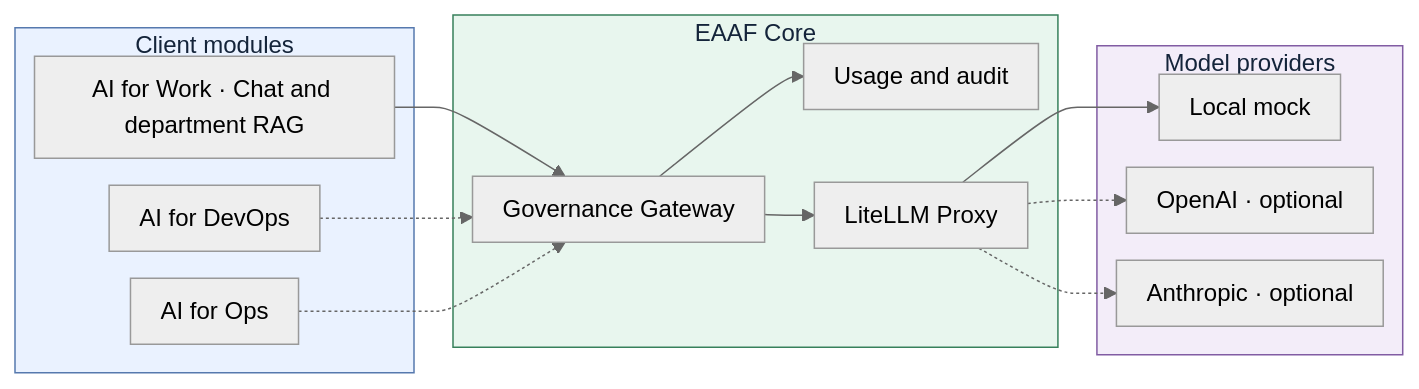
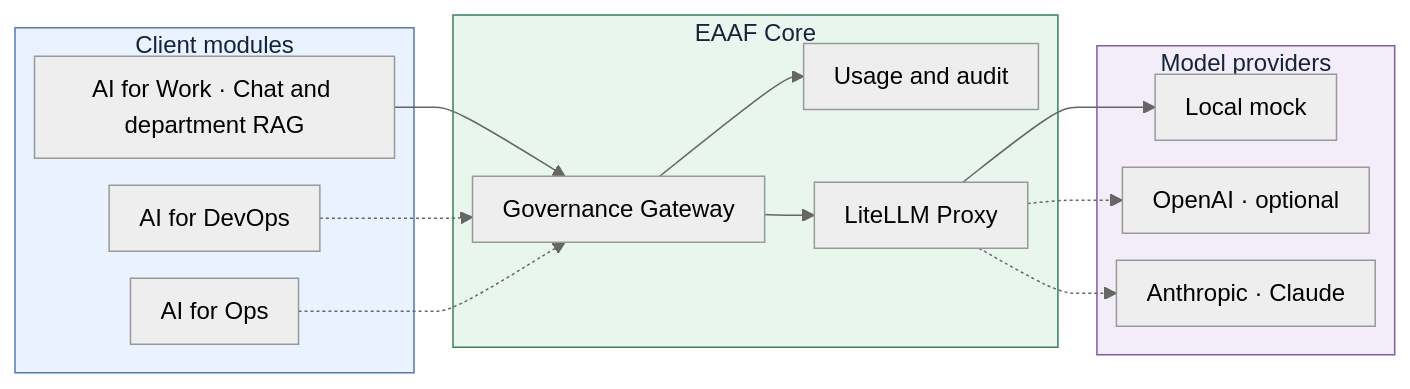
Before and after one commit to tandrian06/eaaf: the diagram in README.md, drawn with Mermaid (neutral theme). The commit also changed other lines of this file and 2 other files, not shown here.

Commit message:
Add Claude as an optional EAAF provider

````diff
--- a/README.md
+++ b/README.md
@@ -21,40 +21,40 @@
 ```mermaid
 ---
 config:
   flowchart:
     nodeSpacing: 18
     rankSpacing: 26
     padding: 10
 ---
 flowchart LR
     subgraph Clients["Client modules"]
         Work["AI for Work · Chat and department RAG"]
         DevOps["AI for DevOps"]
         Ops["AI for Ops"]
     end
 
     subgraph Core["EAAF Core"]
         Gateway["Governance Gateway"]
         Audit["Usage and audit"]
         Router["LiteLLM Proxy"]
         Gateway --> Audit
         Gateway --> Router
     end
 
     subgraph Providers["Model providers"]
         Mock["Local mock"]
         OpenAI["OpenAI · optional"]
-        Anthropic["Anthropic · optional"]
+        Anthropic["Anthropic · Claude"]
     end
 
     Work --> Gateway
     DevOps -.-> Gateway
     Ops -.-> Gateway
     Router --> Mock
     Router -.-> OpenAI
     Router -.-> Anthropic
 
     style Clients fill:#eaf2ff,stroke:#5679ae,color:#14243a
     style Core fill:#e8f6ee,stroke:#37805b,color:#14243a
     style Providers fill:#f3edf9,stroke:#815ca3,color:#14243a
 ```
````
